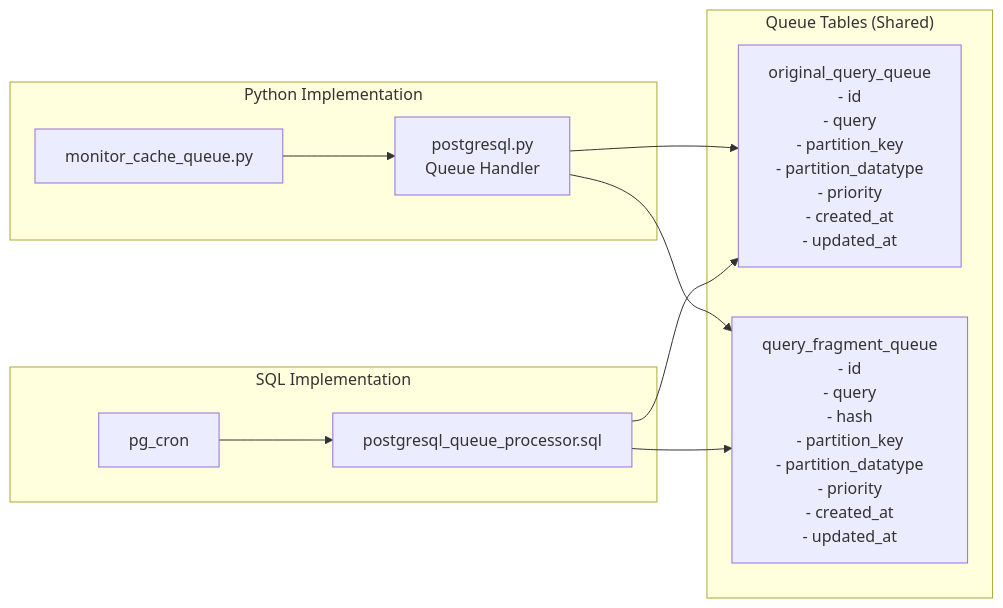
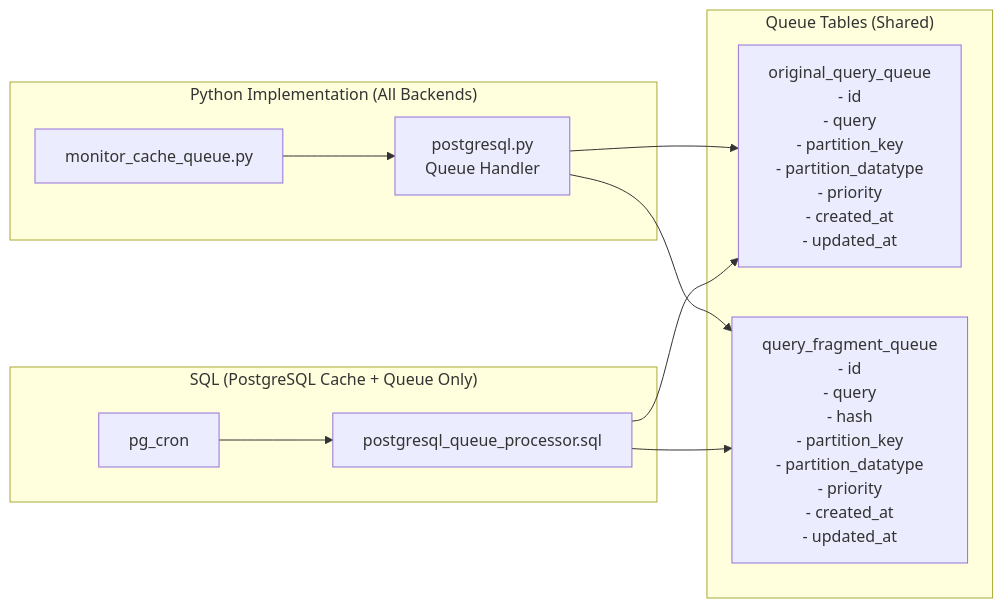
One commit to MPoppinga/PartitionCache changed the diagram in README.md. Above: the diagram before and after it, drawn with Mermaid. The commit also changed other lines of this file and 16 other files, not shown here.

````diff
--- a/README.md
+++ b/README.md
@@ -233,23 +142,23 @@
 ```mermaid
 graph LR
     subgraph "Queue Tables (Shared)"
         OQ[original_query_queue<br/>- id<br/>- query<br/>- partition_key<br/>- partition_datatype<br/>- priority<br/>- created_at<br/>- updated_at]
         FQ[query_fragment_queue<br/>- id<br/>- query<br/>- hash<br/>- partition_key<br/>- partition_datatype<br/>- priority<br/>- created_at<br/>- updated_at]
     end
     
-    subgraph "Python Implementation"
+    subgraph "Python Implementation (All Backends)"
         MCQ[monitor_cache_queue.py]
         PH[postgresql.py<br/>Queue Handler]
         MCQ --> PH
         PH --> OQ
         PH --> FQ
     end
     
-    subgraph "SQL Implementation"
+    subgraph "SQL (PostgreSQL Cache + Queue Only)"
         PGC[pg_cron]
         PROC[postgresql_queue_processor.sql]
         PGC --> PROC
         PROC --> OQ
         PROC --> FQ
     end
 ```
````
